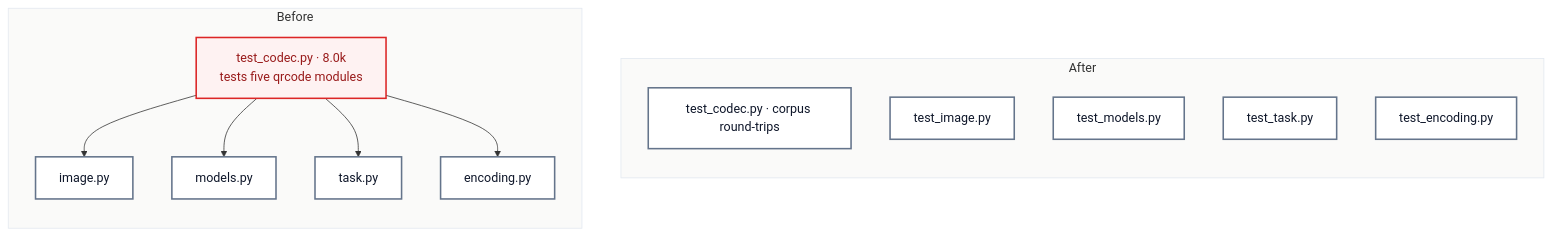
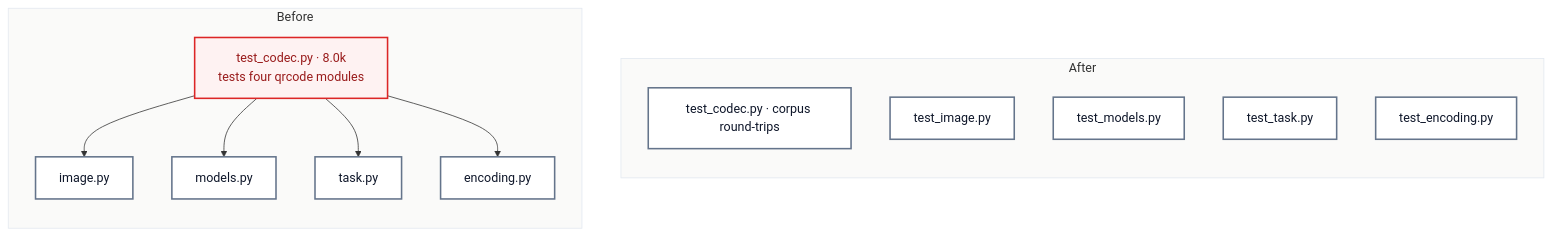
The diagram in docs/arch-review/2026-10-20-token-budget/C4-qrcode-tests-mirror-qrcode.md (simonsteiner/pyxctsk), drawn with Mermaid before and after one commit. The commit also changed other lines of this file and 6 other files, not shown here.

````diff
--- a/docs/arch-review/2026-10-20-token-budget/C4-qrcode-tests-mirror-qrcode.md
+++ b/docs/arch-review/2026-10-20-token-budget/C4-qrcode-tests-mirror-qrcode.md
@@ -9,27 +9,27 @@
 ```mermaid
 flowchart LR
   subgraph before["Before"]
     direction TB
-    Q1["test_codec.py · 8.0k<br>tests five qrcode modules"]:::leak
+    Q1["test_codec.py · 8.0k<br>tests four qrcode modules"]:::leak
     Q1 --> I1["image.py"]:::module
     Q1 --> M1["models.py"]:::module
     Q1 --> T1["task.py"]:::module
     Q1 --> E1["encoding.py"]:::module
   end
   subgraph after["After"]
     direction TB
     C2n["test_codec.py · corpus round-trips"]:::module
     I2["test_image.py"]:::module
     M2["test_models.py"]:::module
     T2["test_task.py"]:::module
     E2["test_encoding.py"]:::module
   end
   before ~~~ after
   classDef module fill:#ffffff,stroke:#64748b,stroke-width:2px,color:#0f172a
   classDef shallow fill:#f1f5f9,stroke:#94a3b8,stroke-dasharray:4 3,color:#334155
   classDef deep fill:#0f172a,stroke:#0f172a,color:#e2e8f0
   classDef faded fill:#1e293b,stroke:#475569,color:#94a3b8
   classDef leak fill:#fef2f2,stroke:#dc2626,stroke-width:2px,color:#991b1b
   style before fill:#fafaf9,stroke:#e2e8f0
   style after fill:#fafaf9,stroke:#e2e8f0
 ```
````
